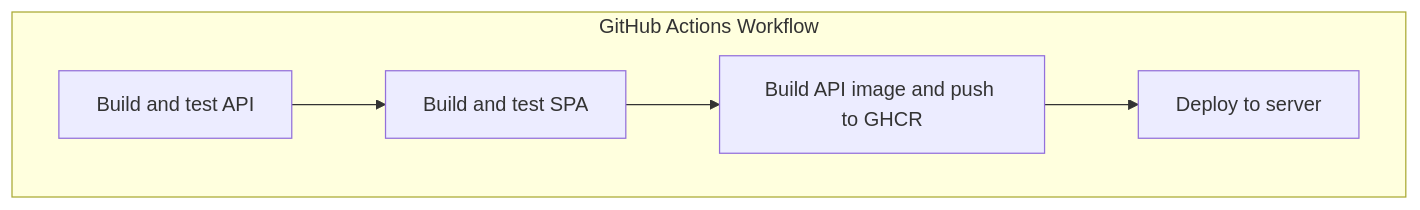
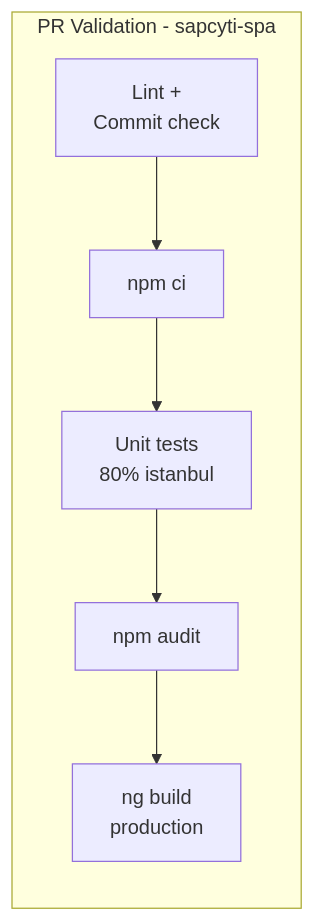
The ninth of 17 diagrams in Design/Architecture.md (SAPCyTI-UAM-I/Docs), drawn with Mermaid before and after one commit. The commit also changed other lines of this file, not shown here.

Commit message:
docs: translate architecture documentation and diagrams to English - Iteration 2 refinement

````diff
--- a/Design/Architecture.md
+++ b/Design/Architecture.md
@@ -395,10 +479,11 @@
 ```mermaid
-flowchart TB
-    subgraph Pipeline["GitHub Actions Workflow"]
-        B1["Build and test API"]
-        B2["Build and test SPA"]
-        B3["Build API image and push to GHCR"]
-        B4["Deploy to server"]
+flowchart LR
+    subgraph PR_CI["PR Validation - sapcyti-spa"]
+        L["Lint +\nCommit check"]
+        NI["npm ci"]
+        UT["Unit tests\n80% istanbul"]
+        AUD["npm audit"]
+        BLD["ng build\nproduction"]
     end
-    B1 --> B2 --> B3 --> B4
+    L --> NI --> UT --> AUD --> BLD
 ```
````
